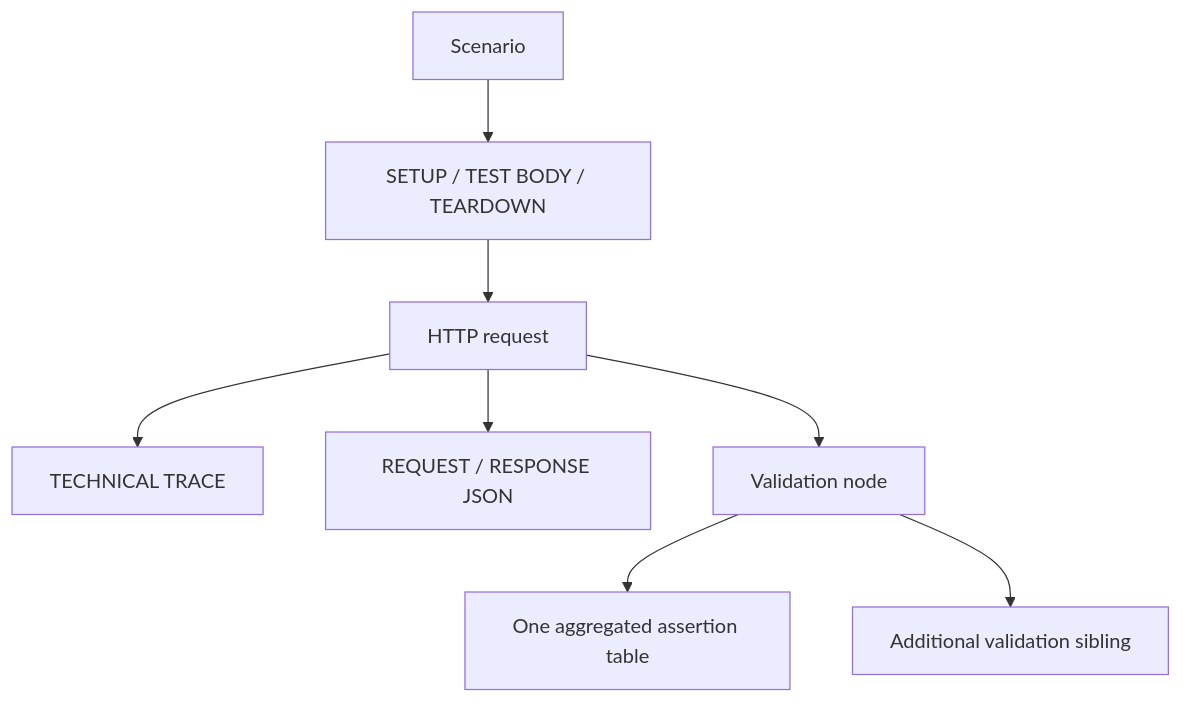
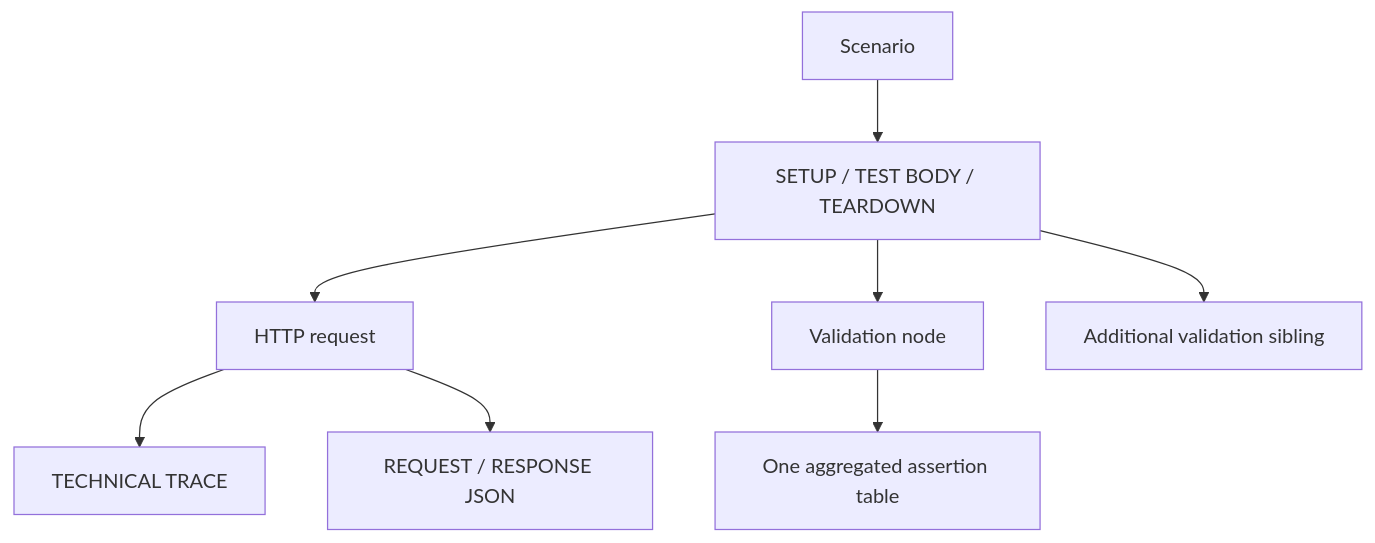
The second of 2 diagrams in docs/ATF_Quality_Assessment.md (crististefanita/CS1), drawn with Mermaid before and after one commit. The commit also changed other lines of this file and 26 other files, not shown here.

````diff
--- a/docs/ATF_Quality_Assessment.md
+++ b/docs/ATF_Quality_Assessment.md
@@ -54,10 +54,10 @@
 ```mermaid
 flowchart TD
     Scenario --> Phase[SETUP / TEST BODY / TEARDOWN]
     Phase --> Request[HTTP request]
     Request --> Trace[TECHNICAL TRACE]
     Request --> Json[REQUEST / RESPONSE JSON]
-    Request --> Validation[Validation node]
+    Phase --> Validation[Validation node]
     Validation --> Table[One aggregated assertion table]
-    Validation --> More[Additional validation sibling]
+    Phase --> More[Additional validation sibling]
 ```
````
